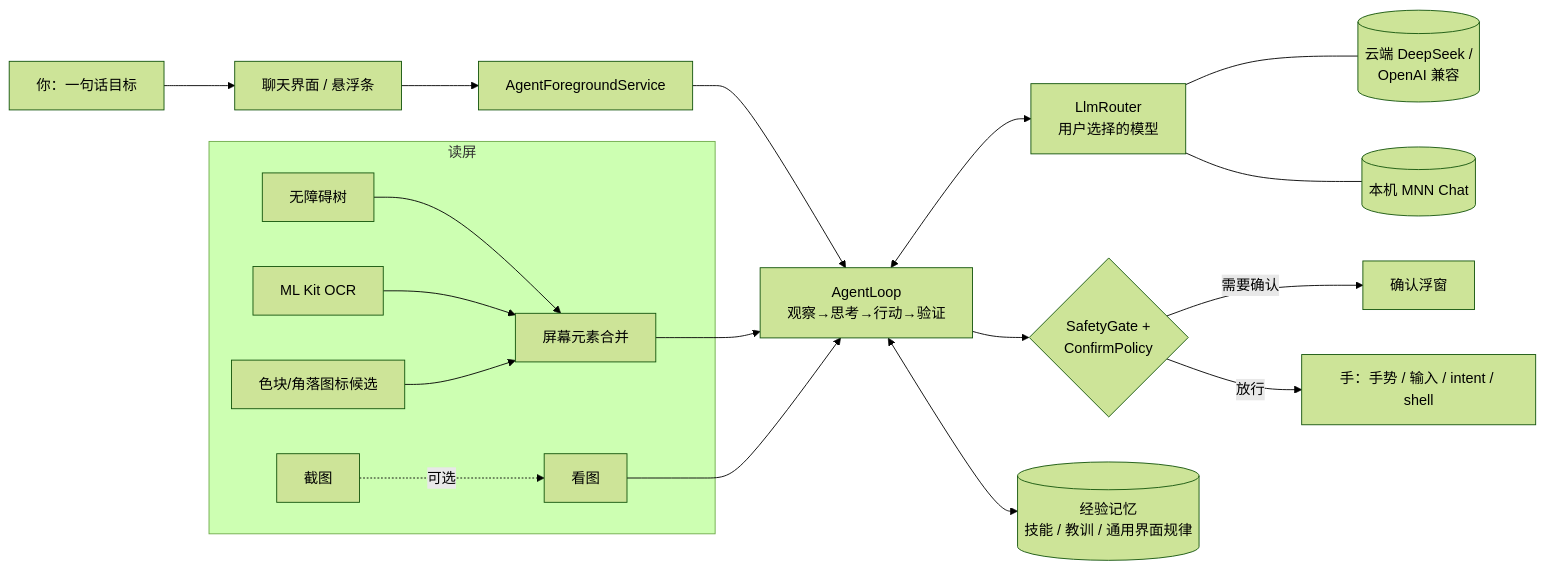
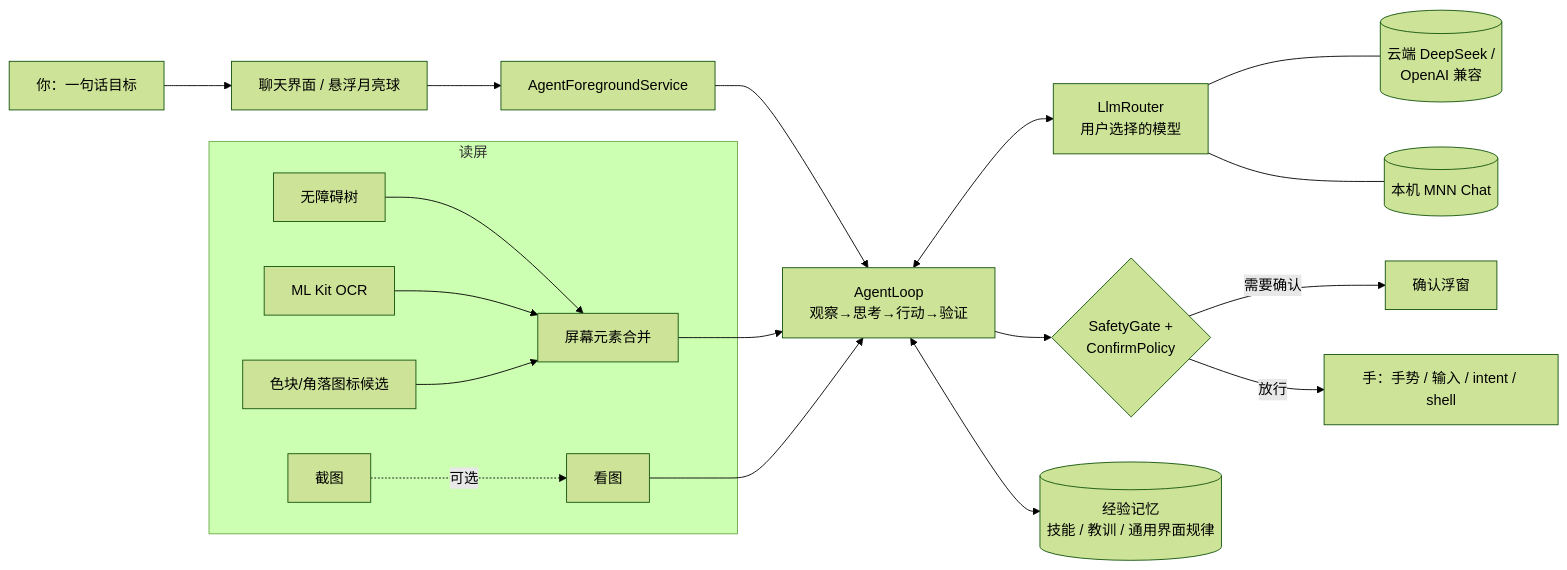
Before and after one commit to Runa-Asahi/tsuki-phone-agent: the diagram in README.md, drawn with Mermaid (forest theme). The commit also changed other lines of this file and 4 other files, not shown here.

````diff
--- a/README.md
+++ b/README.md
@@ -34,21 +34,21 @@
 ```mermaid
 flowchart LR
-    U[你：一句话目标] --> UI[聊天界面 / 悬浮条]
+    U[你：一句话目标] --> UI[聊天界面 / 悬浮月亮球]
     UI --> S[AgentForegroundService]
     S --> L[AgentLoop<br/>观察→思考→行动→验证]
     subgraph Eyes[读屏]
       T[无障碍树] --> M[屏幕元素合并]
       O[ML Kit OCR] --> M
       Z[色块/角落图标候选] --> M
       P[截图] -.可选.-> V[看图]
     end
     M --> L
     V --> L
     L <--> R[LlmRouter<br/>用户选择的模型]
     R --- C[(云端 DeepSeek /<br/>OpenAI 兼容)]
     R --- N[(本机 MNN Chat)]
     L --> G{SafetyGate +<br/>ConfirmPolicy}
     G -->|需要确认| CF[确认浮窗]
     G -->|放行| H[手：手势 / 输入 / intent / shell]
     L <--> MEM[(经验记忆<br/>技能 / 教训 / 通用界面规律)]
 ```
````
